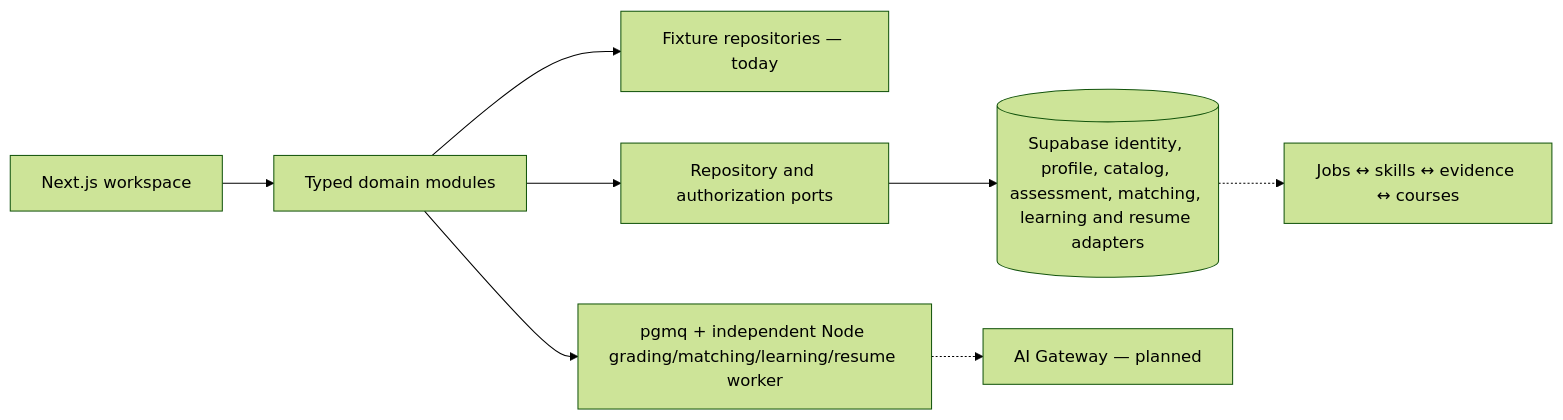
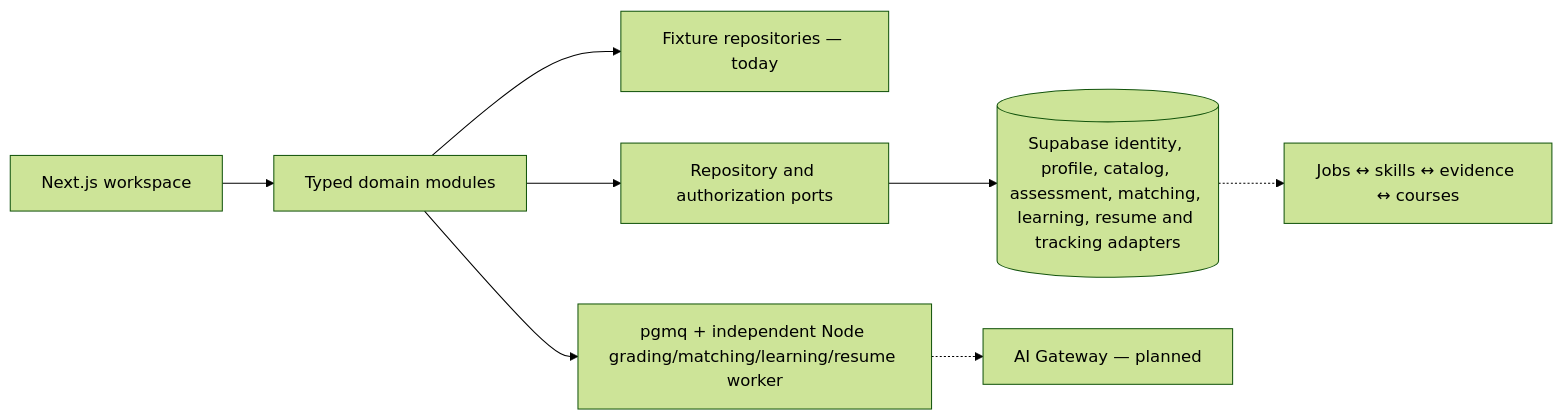
The diagram in README.md (jerry1022/rolefoundry), drawn with Mermaid (forest theme) before and after one commit. The commit also changed other lines of this file and 39 other files, not shown here.

````diff
--- a/README.md
+++ b/README.md
@@ -94,10 +94,10 @@
 ```mermaid
 flowchart LR
     UI[Next.js workspace] --> D[Typed domain modules]
     D --> F[Fixture repositories — today]
     D --> Ports[Repository and authorization ports]
-    Ports --> DB[(Supabase identity, profile, catalog, assessment, matching, learning and resume adapters)]
+    Ports --> DB[(Supabase identity, profile, catalog, assessment, matching, learning, resume and tracking adapters)]
     D --> Q[pgmq + independent Node grading/matching/learning/resume worker]
     Q -.-> AI[AI Gateway — planned]
     DB -.-> S[Jobs ↔ skills ↔ evidence ↔ courses]
 ```
````
